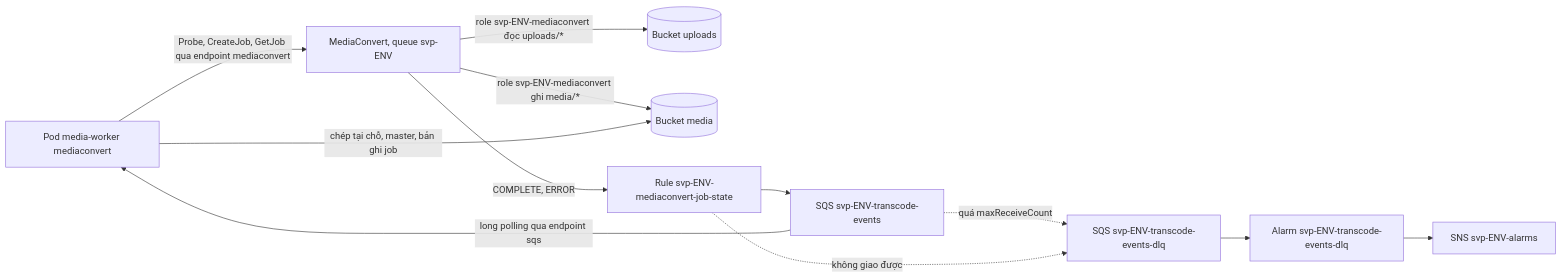
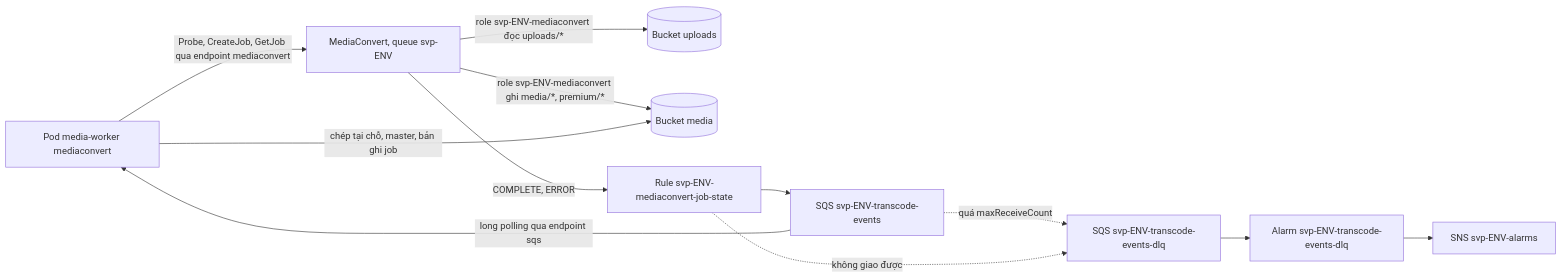
Before and after one commit to anhnvcoder/svp-infra: the fourth of 6 diagrams in README.md, drawn with Mermaid. The commit also changed other lines of this file and 39 other files, not shown here.

````diff
--- a/README.md
+++ b/README.md
@@ -429,14 +433,14 @@
 ```mermaid
 flowchart LR
     B["Pod media-worker mediaconvert"] -->|"Probe, CreateJob, GetJob qua endpoint mediaconvert"| MC["MediaConvert, queue svp-ENV"]
     MC -->|"role svp-ENV-mediaconvert đọc uploads/*"| U[("Bucket uploads")]
-    MC -->|"role svp-ENV-mediaconvert ghi media/*"| M[("Bucket media")]
+    MC -->|"role svp-ENV-mediaconvert ghi media/*, premium/*"| M[("Bucket media")]
     MC -->|"COMPLETE, ERROR"| R["Rule svp-ENV-mediaconvert-job-state"]
     R --> Q["SQS svp-ENV-transcode-events"]
     Q -->|"long polling qua endpoint sqs"| B
     B -->|"chép tại chỗ, master, bản ghi job"| M
     Q -.->|"quá maxReceiveCount"| D["SQS svp-ENV-transcode-events-dlq"]
     R -.->|"không giao được"| D
     D --> A["Alarm svp-ENV-transcode-events-dlq"]
     A --> S["SNS svp-ENV-alarms"]
 ```
````
